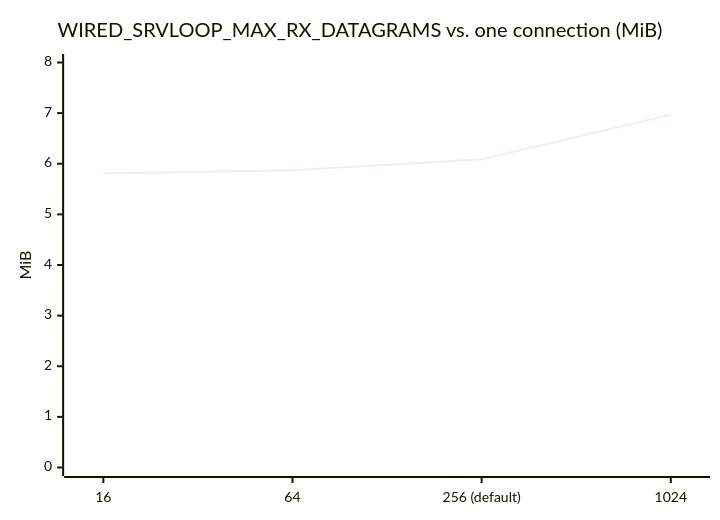
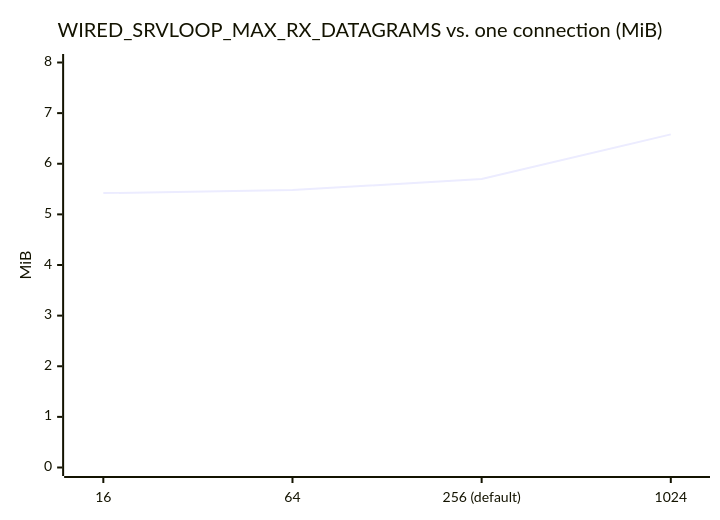
The eighth of 9 diagrams in docs/arch/memory.md (Hakkadaikon/wired), drawn with Mermaid before and after one commit. The commit also changed other lines of this file and 17 other files, not shown here.

````diff
--- a/docs/arch/memory.md
+++ b/docs/arch/memory.md
@@ -149,7 +155,7 @@
 ```mermaid
 xychart-beta
     title "WIRED_SRVLOOP_MAX_RX_DATAGRAMS vs. one connection (MiB)"
     x-axis ["16", "64", "256 (default)", "1024"]
     y-axis "MiB" 0 --> 8
-    line [5.81, 5.87, 6.09, 6.97]
+    line [5.42, 5.48, 5.70, 6.58]
 ```
````
